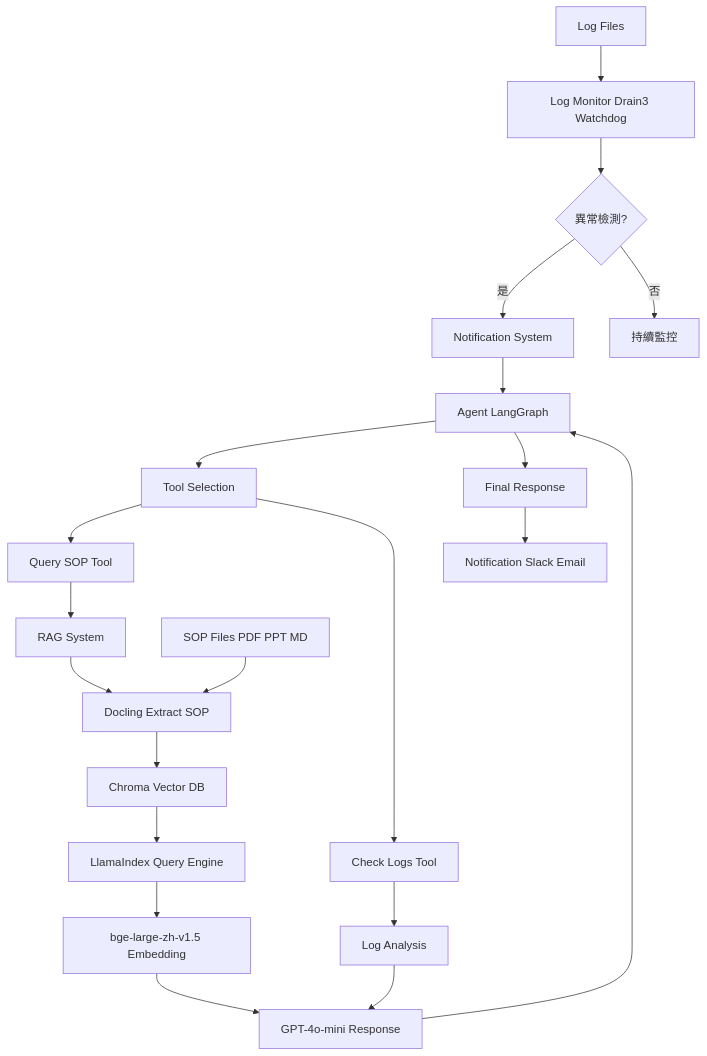
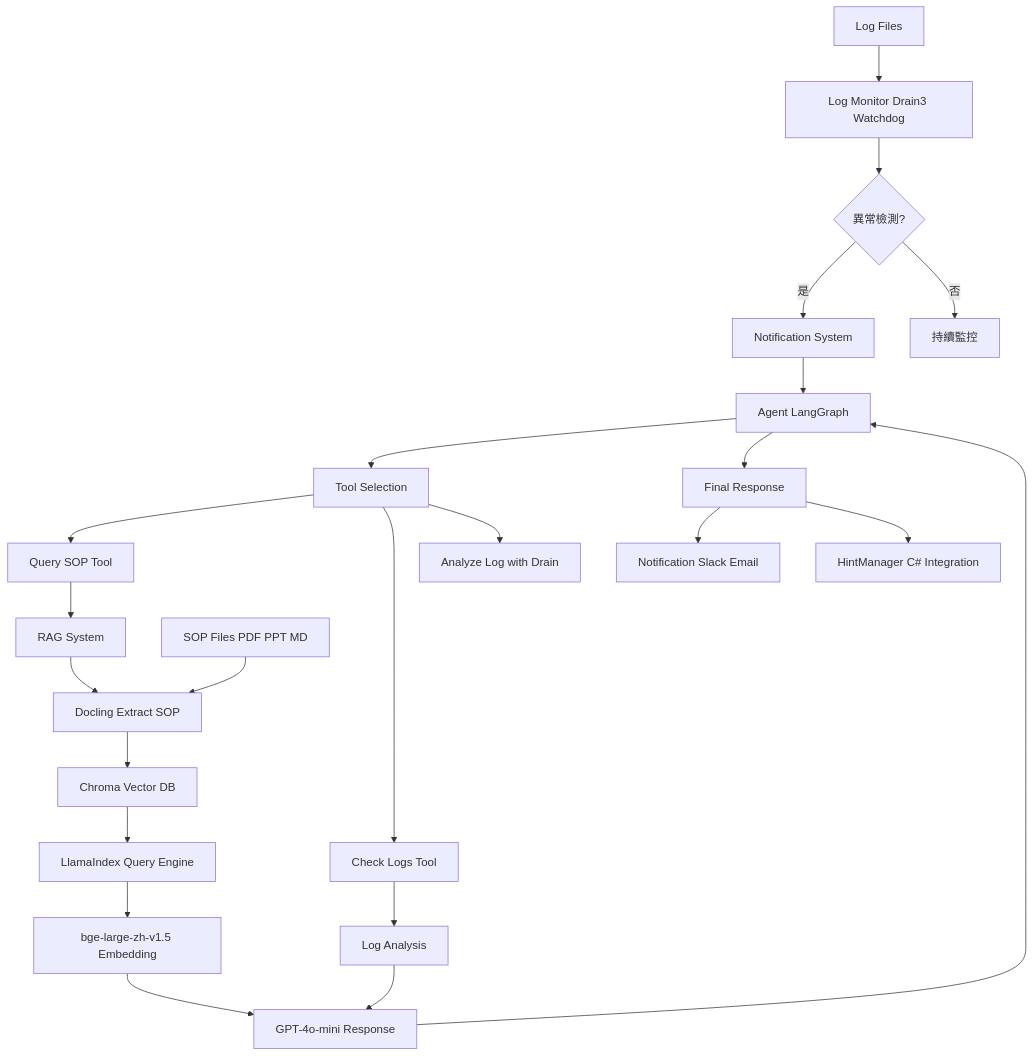
One commit to jack6099boy/auto-monitor-agent changed the diagram in README.md. Above: the diagram before and after it, drawn with Mermaid. The commit also changed other lines of this file, not shown here.

````diff
--- a/README.md
+++ b/README.md
@@ -18,28 +57,30 @@
 ```mermaid
 graph TD
     A[Log Files] --> B[Log Monitor Drain3 Watchdog]
     B --> C{異常檢測?}
     C -->|是| D[Notification System]
     C -->|否| E[持續監控]
 
     D --> F[Agent LangGraph]
     F --> G[Tool Selection]
     G --> H[Query SOP Tool]
     G --> I[Check Logs Tool]
+    G --> J[Analyze Log with Drain]
 
-    H --> J[RAG System]
-    J --> K[Docling Extract SOP]
-    K --> L[Chroma Vector DB]
-    L --> M[LlamaIndex Query Engine]
-    M --> N[bge-large-zh-v1.5 Embedding]
-    N --> O[GPT-4o-mini Response]
+    H --> K[RAG System]
+    K --> L[Docling Extract SOP]
+    L --> M[Chroma Vector DB]
+    M --> N[LlamaIndex Query Engine]
+    N --> O[bge-large-zh-v1.5 Embedding]
+    O --> P[GPT-4o-mini Response]
 
-    I --> P[Log Analysis]
-    P --> O
+    I --> Q[Log Analysis]
+    Q --> P
 
-    O --> F
-    F --> Q[Final Response]
-    Q --> R[Notification Slack Email]
+    P --> F
+    F --> R[Final Response]
+    R --> S[Notification Slack Email]
+    R --> T[HintManager C# Integration]
 
-    S[SOP Files PDF PPT MD] --> K
+    U[SOP Files PDF PPT MD] --> L
 ```
````
